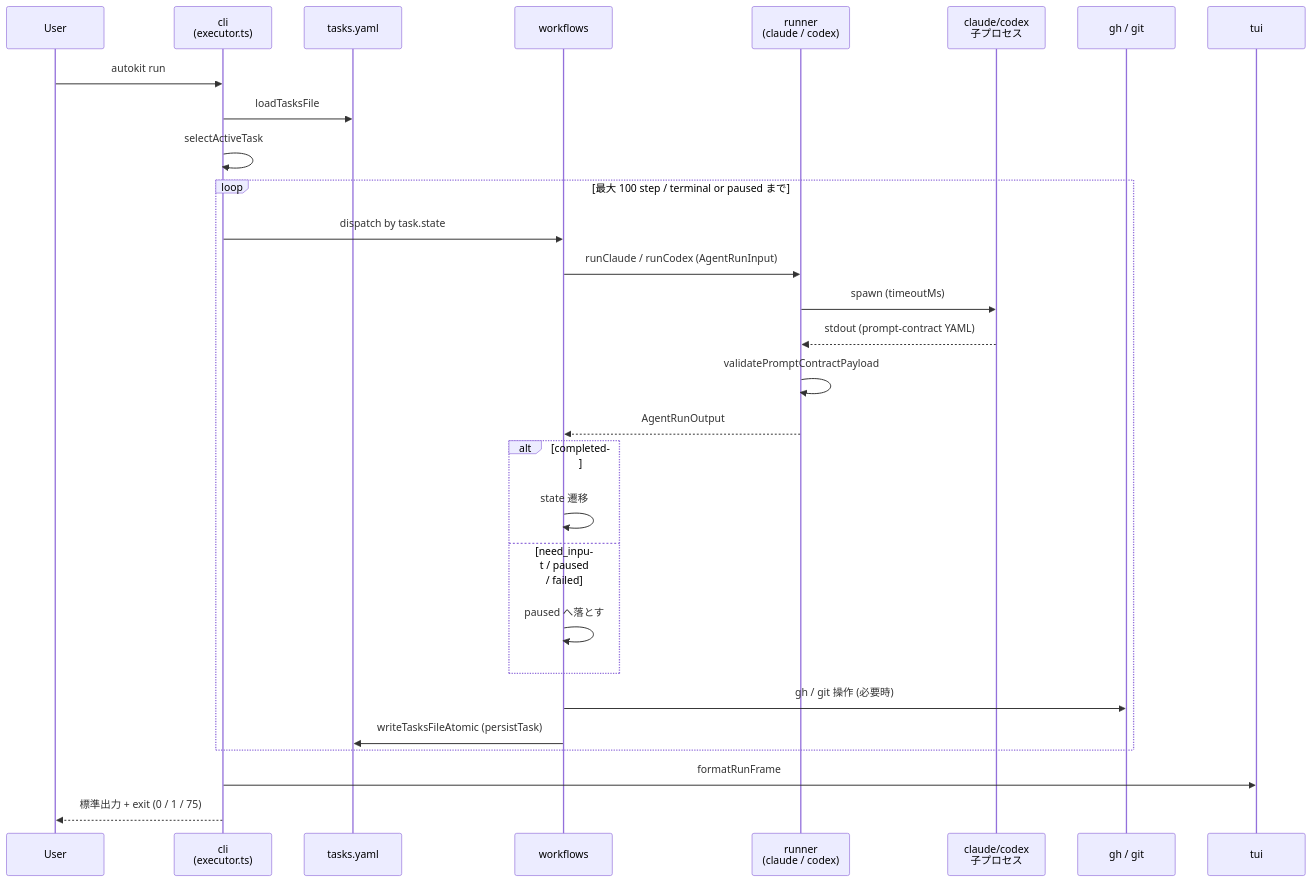
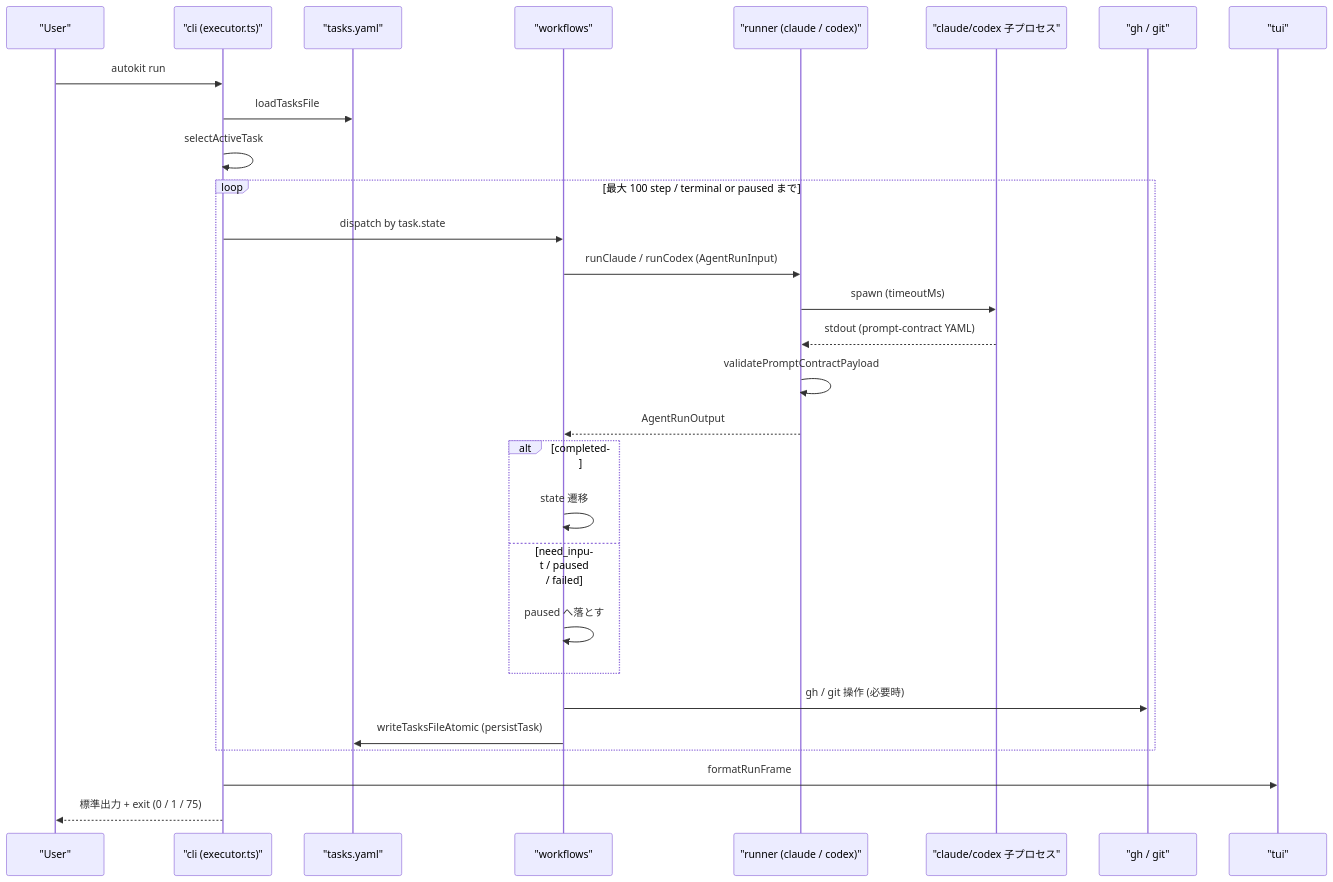
The third of 4 diagrams in docs/dev-guide/02-architecture.md (cattyneo/agent-autokit), drawn with Mermaid before and after one commit. The commit also changed 12 other files, not shown here.

````diff
--- a/docs/dev-guide/02-architecture.md
+++ b/docs/dev-guide/02-architecture.md
@@ -72,32 +72,32 @@
 ```mermaid
 sequenceDiagram
-  participant U as User
-  participant CLI as cli<br/>(executor.ts)
-  participant T as tasks.yaml
-  participant WF as workflows
-  participant R as runner<br/>(claude / codex)
-  participant CLIp as claude/codex<br/>子プロセス
-  participant GH as gh / git
-  participant TUI as tui
+  participant U as "User"
+  participant CLI as "cli (executor.ts)"
+  participant T as "tasks.yaml"
+  participant WF as "workflows"
+  participant R as "runner (claude / codex)"
+  participant CLIp as "claude/codex 子プロセス"
+  participant GH as "gh / git"
+  participant TUI as "tui"
 
   U->>CLI: autokit run
   CLI->>T: loadTasksFile
   CLI->>CLI: selectActiveTask
   loop 最大 100 step / terminal or paused まで
     CLI->>WF: dispatch by task.state
     WF->>R: runClaude / runCodex (AgentRunInput)
     R->>CLIp: spawn (timeoutMs)
     CLIp-->>R: stdout (prompt-contract YAML)
     R->>R: validatePromptContractPayload
     R-->>WF: AgentRunOutput
     alt completed
       WF->>WF: state 遷移
     else need_input / paused / failed
       WF->>WF: paused へ落とす
     end
     WF->>GH: gh / git 操作 (必要時)
     WF->>T: writeTasksFileAtomic (persistTask)
   end
   CLI->>TUI: formatRunFrame
   CLI-->>U: 標準出力 + exit (0 / 1 / 75)
 ```
````
